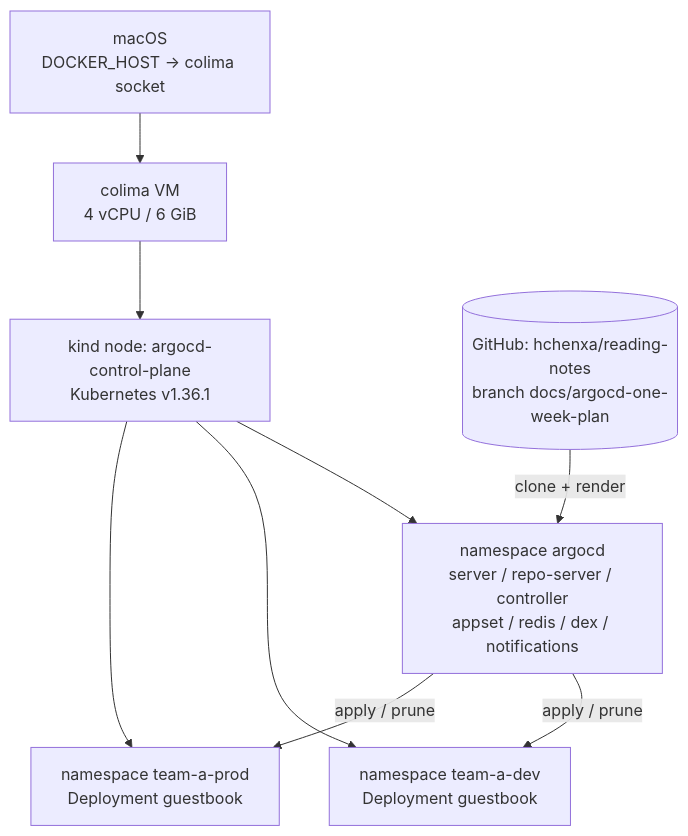
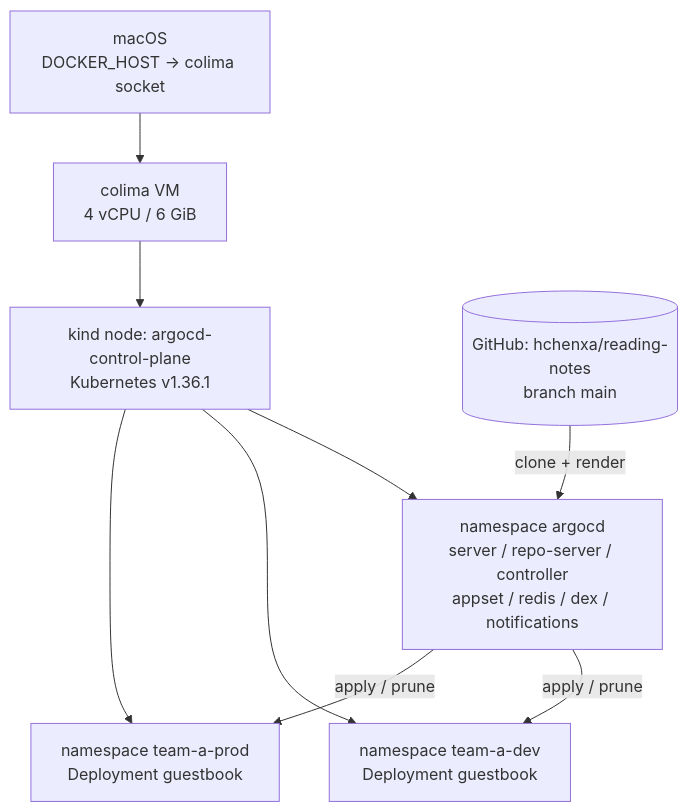
One commit to hchenxa/reading-notes changed the diagram in ArgoCD/01-环境搭建与首个应用.md. Above: the diagram before and after it, drawn with Mermaid. The commit also changed other lines of this file and 14 other files, not shown here.

````diff
--- a/ArgoCD/01-环境搭建与首个应用.md
+++ b/ArgoCD/01-环境搭建与首个应用.md
@@ -25,11 +25,11 @@
 ```mermaid
 flowchart TB
     Mac["macOS<br/>DOCKER_HOST → colima socket"] --> VM["colima VM<br/>4 vCPU / 6 GiB"]
     VM --> Node["kind node: argocd-control-plane<br/>Kubernetes v1.36.1"]
     Node --> NS["namespace argocd<br/>server / repo-server / controller<br/>appset / redis / dex / notifications"]
     Node --> Dev["namespace team-a-dev<br/>Deployment guestbook"]
     Node --> Prod["namespace team-a-prod<br/>Deployment guestbook"]
-    Git[("GitHub: hchenxa/reading-notes<br/>branch docs/argocd-one-week-plan")] -->|"clone + render"| NS
+    Git[("GitHub: hchenxa/reading-notes<br/>branch main")] -->|"clone + render"| NS
     NS -->|"apply / prune"| Dev
     NS -->|"apply / prune"| Prod
 ```
````
